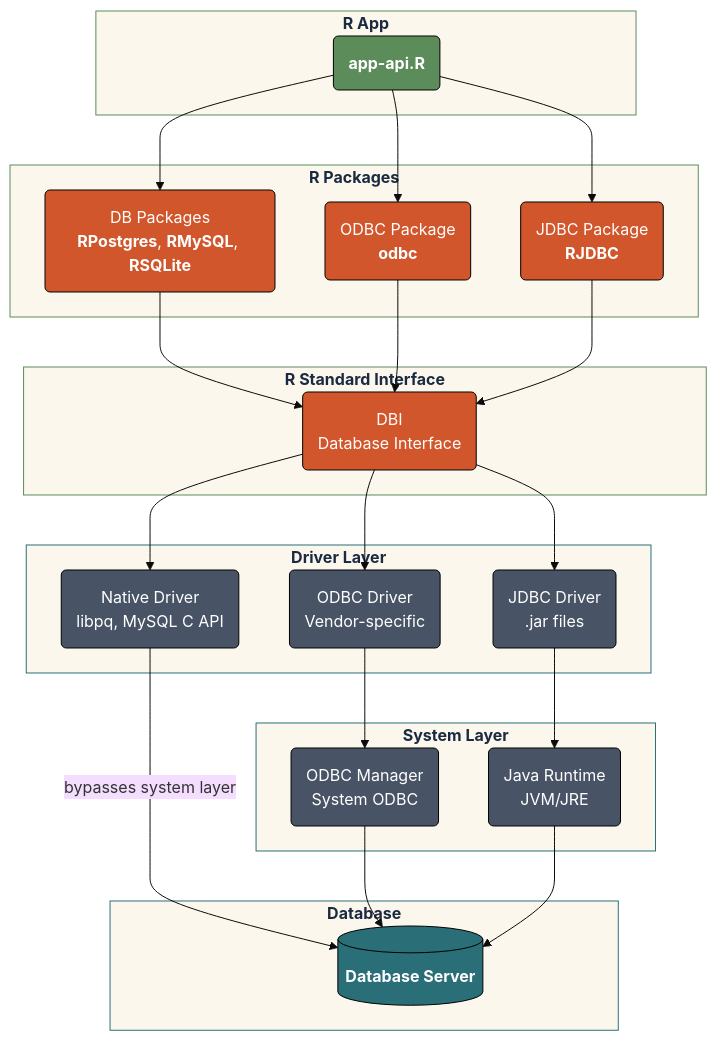
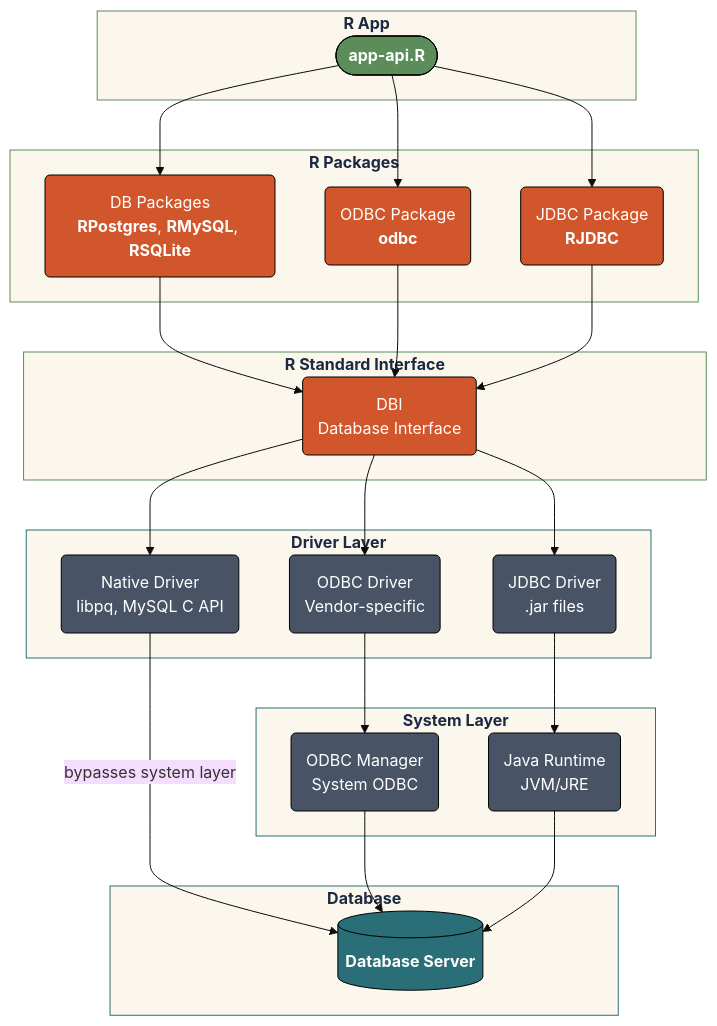
One commit to mjfrigaard/do4ds-labs changed the second of 6 diagrams in lab03.qmd. Above: the diagram before and after it, drawn with Mermaid. The commit also changed other lines of this file and 19 other files, not shown here.

```diff
--- a/lab03.qmd
+++ b/lab03.qmd
@@ -142,7 +142,7 @@
 
 graph TB
     subgraph RApp["<strong>R App</strong>"]
-        A("<strong>app-api.R</strong>")
+        A(["<strong>app-api.R</strong>"])
     end
 
     
```
